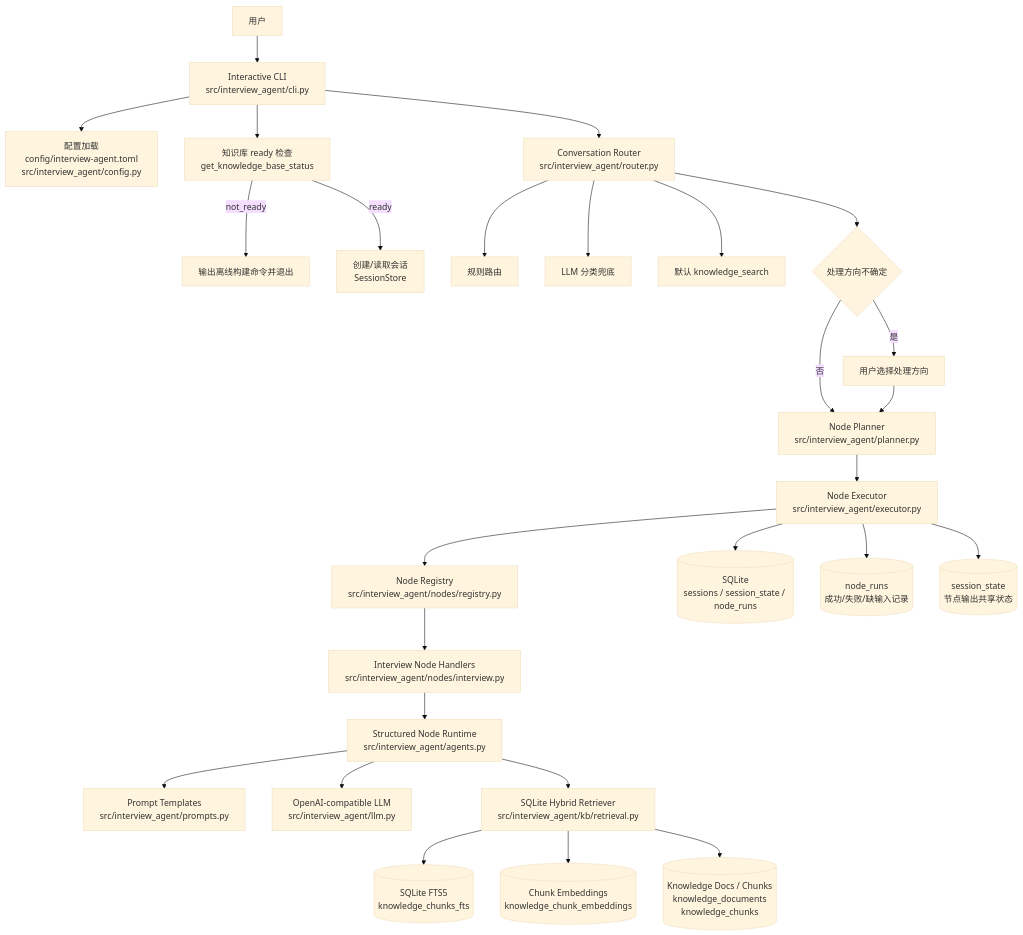
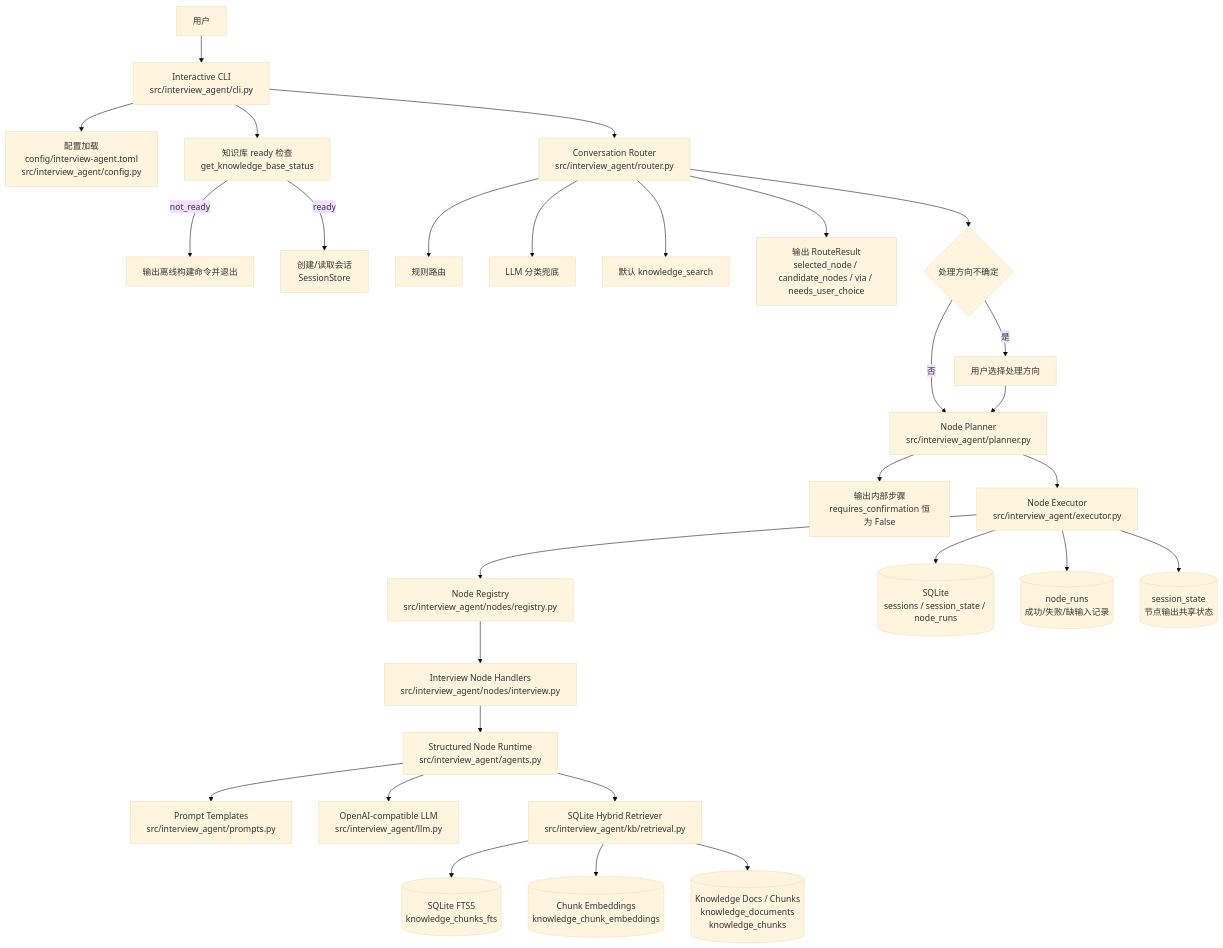
The first of 4 diagrams in docs/architecture.md (kaomianjin2/resume-agent), drawn with Mermaid (base theme) before and after one commit. The commit also changed other lines of this file and 6 other files, not shown here.

````diff
--- a/docs/architecture.md
+++ b/docs/architecture.md
@@ -15,37 +15,39 @@
 ```mermaid
 flowchart TD
     User[用户] --> CLI[Interactive CLI<br/>src/interview_agent/cli.py]
 
     CLI --> Config[配置加载<br/>config/interview-agent.toml<br/>src/interview_agent/config.py]
     CLI --> KBReady[知识库 ready 检查<br/>get_knowledge_base_status]
     KBReady -->|not_ready| OfflineHint[输出离线构建命令并退出]
     KBReady -->|ready| Session[创建/读取会话<br/>SessionStore]
 
     CLI --> Router[Conversation Router<br/>src/interview_agent/router.py]
     Router --> RuleRoute[规则路由]
     Router --> LLMRoute[LLM 分类兜底]
     Router --> DefaultRoute[默认 knowledge_search]
+    Router --> RouteContract[输出 RouteResult<br/>selected_node / candidate_nodes / via / needs_user_choice]
     Router --> DirectionChoice{处理方向不确定}
     DirectionChoice -->|是| UserChoice[用户选择处理方向]
     DirectionChoice -->|否| Planner
 
     UserChoice --> Planner
     Planner[Node Planner<br/>src/interview_agent/planner.py]
+    Planner --> PlanContract[输出内部步骤<br/>requires_confirmation 恒为 False]
     Planner --> Executor[Node Executor<br/>src/interview_agent/executor.py]
 
     Executor --> Registry[Node Registry<br/>src/interview_agent/nodes/registry.py]
     Registry --> Handlers[Interview Node Handlers<br/>src/interview_agent/nodes/interview.py]
 
     Executor --> SQLite[(SQLite<br/>sessions / session_state / node_runs)]
     Handlers --> AgentRuntime[Structured Node Runtime<br/>src/interview_agent/agents.py]
     AgentRuntime --> Prompts[Prompt Templates<br/>src/interview_agent/prompts.py]
     AgentRuntime --> LLM[OpenAI-compatible LLM<br/>src/interview_agent/llm.py]
     AgentRuntime --> Retriever[SQLite Hybrid Retriever<br/>src/interview_agent/kb/retrieval.py]
 
     Retriever --> FTS[(SQLite FTS5<br/>knowledge_chunks_fts)]
     Retriever --> Embeddings[(Chunk Embeddings<br/>knowledge_chunk_embeddings)]
     Retriever --> KBChunks[(Knowledge Docs / Chunks<br/>knowledge_documents<br/>knowledge_chunks)]
 
     Executor --> Runs[(node_runs<br/>成功/失败/缺输入记录)]
     Executor --> State[(session_state<br/>节点输出共享状态)]
 ```
````
